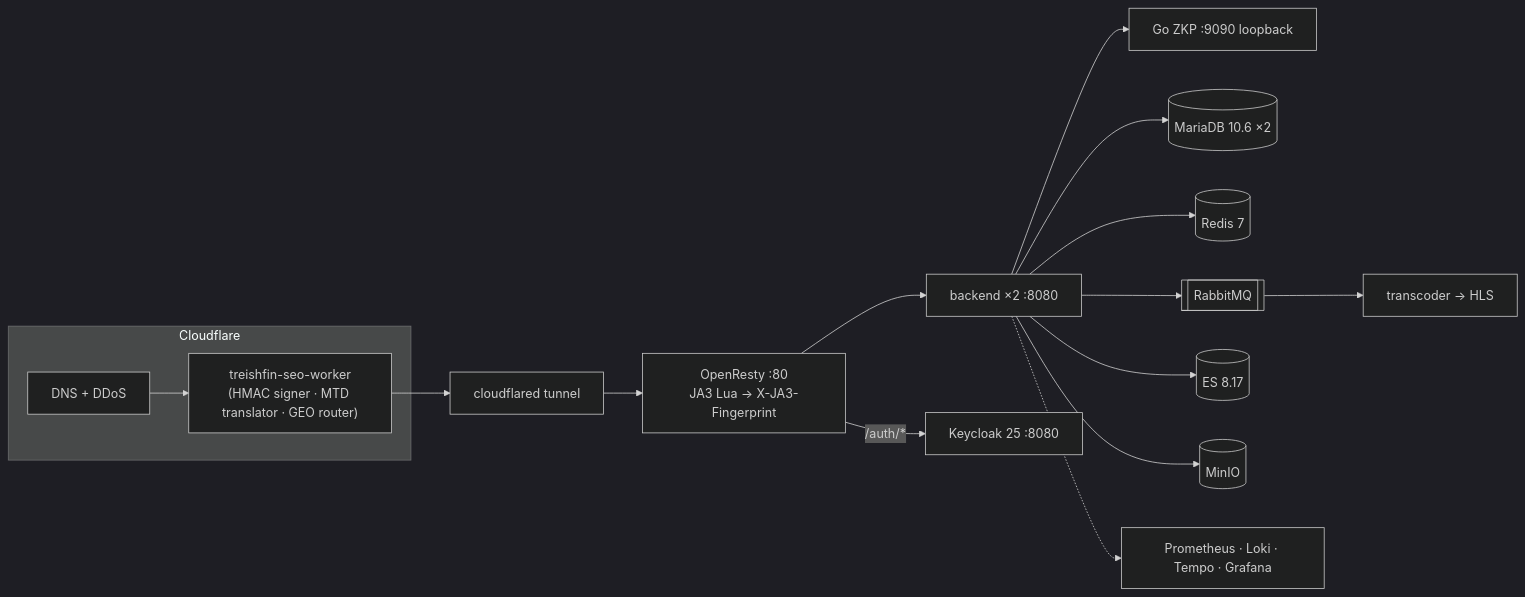
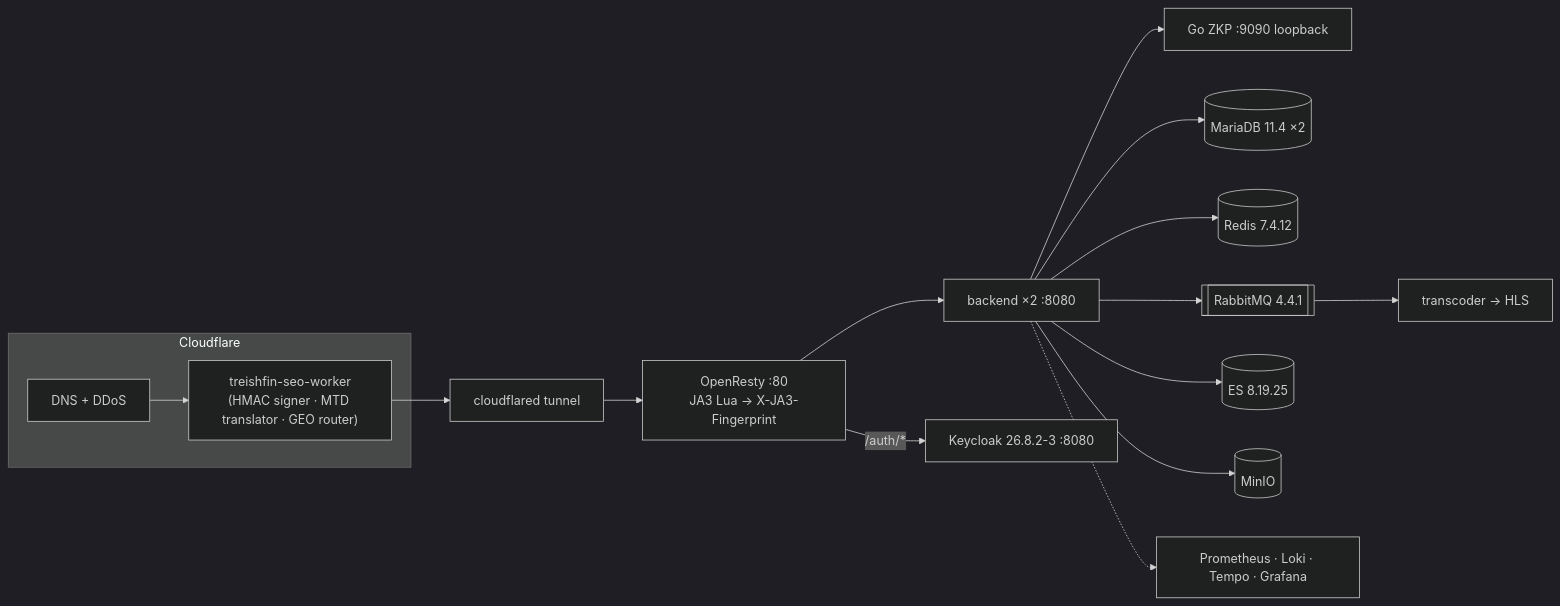
The first of 2 diagrams in docs/BE-01-ARCHITECTURE.md (callitask/finance-api), drawn with Mermaid (dark theme) before and after one commit. The commit also changed other lines of this file and 16 other files, not shown here.

````diff
--- a/docs/BE-01-ARCHITECTURE.md
+++ b/docs/BE-01-ARCHITECTURE.md
@@ -30,13 +30,13 @@
 ```mermaid
 flowchart LR
     subgraph CF["Cloudflare"]
         DNS["DNS + DDoS"] --> WRK["treishfin-seo-worker<br/>(HMAC signer · MTD translator · GEO router)"]
     end
     WRK --> TUN["cloudflared tunnel"] --> NGX["OpenResty :80<br/>JA3 Lua → X-JA3-Fingerprint"]
     NGX --> BE["backend ×2 :8080"]
-    NGX -->|"/auth/*"| KC["Keycloak 25 :8080"]
+    NGX -->|"/auth/*"| KC["Keycloak 26.8.2-3 :8080"]
     BE --> ZKP["Go ZKP :9090 loopback"]
-    BE --> DB[("MariaDB 10.6 ×2")] & RD[("Redis 7")] & MQ[["RabbitMQ"]] & ES[("ES 8.17")] & S3[("MinIO")]
+    BE --> DB[("MariaDB 11.4 ×2")] & RD[("Redis 7.4.12")] & MQ[["RabbitMQ 4.4.1"]] & ES[("ES 8.19.25")] & S3[("MinIO")]
     MQ --> TRC["transcoder → HLS"] 
     BE -.-> OBS["Prometheus · Loki · Tempo · Grafana"]
 ```
````
